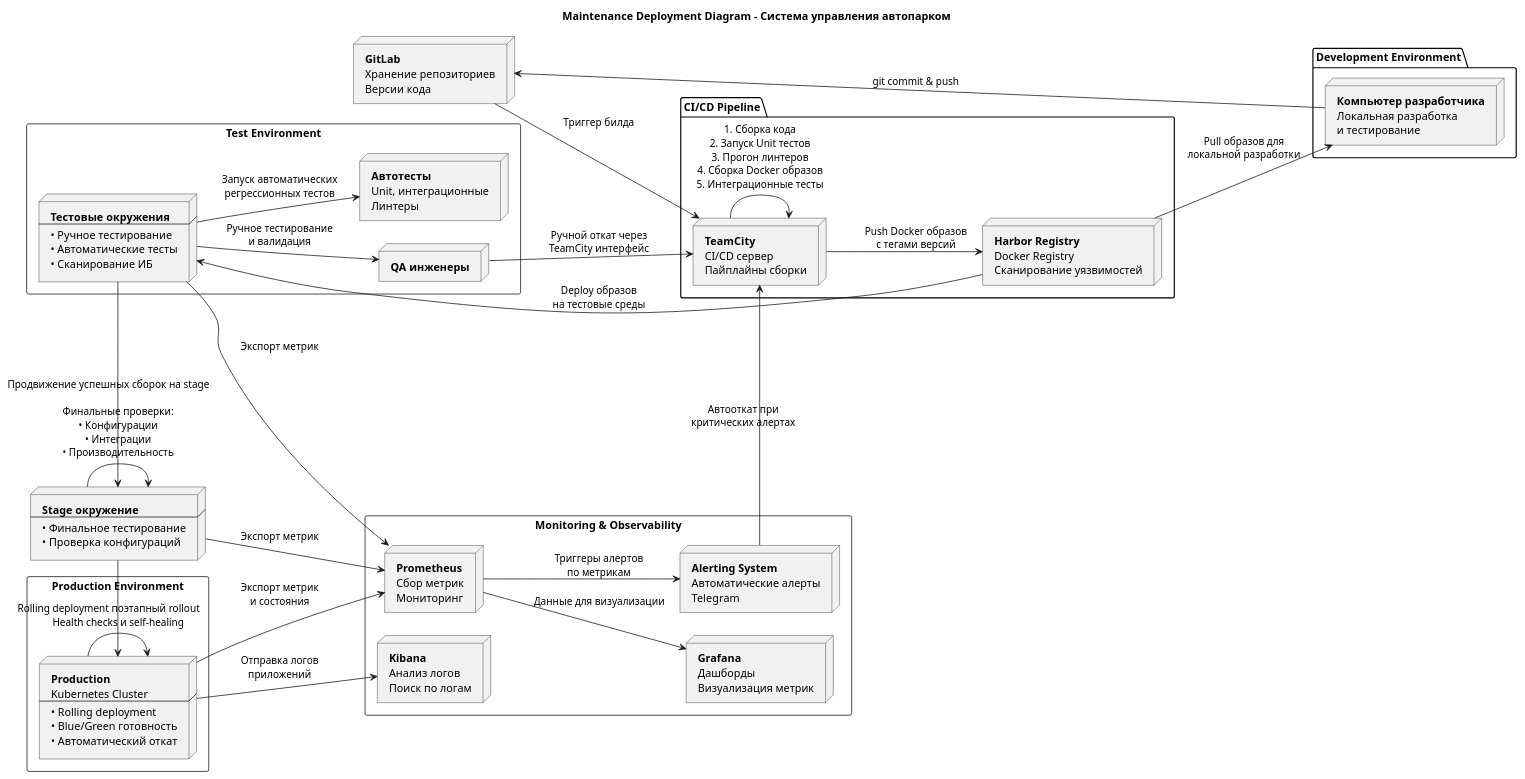
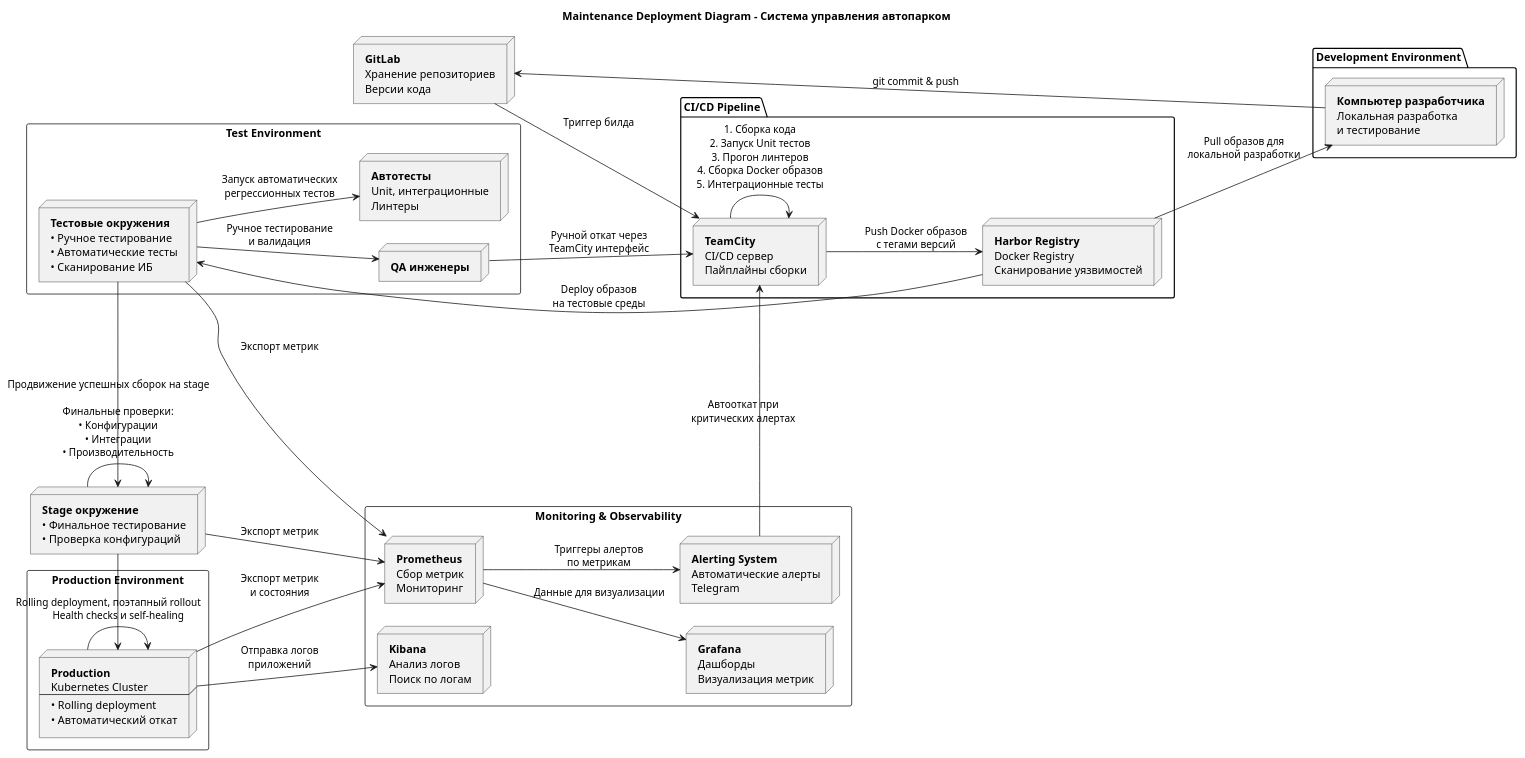
The diagram in 2. Технический проект/maintenance_deployment.puml (arsengevorgyan13/TRPO), drawn with PlantUML before and after one commit. The commit also changed 1 other file, not shown here.

```diff
--- a/2. Технический проект/maintenance_deployment.puml
+++ b/2. Технический проект/maintenance_deployment.puml
@@ -1,128 +1,125 @@
 @startuml Система управления автопарком - Maintenance Deployment Diagram
 title Maintenance Deployment Diagram - Система управления автопарком
 left to right direction
 skinparam nodesep 30
 skinparam ranksep 40
 
 package "Development Environment" {
   node developer_laptop [
     **Компьютер разработчика**
     Локальная разработка
     и тестирование
   ]
 }
 
 node gitlab_node [
   **GitLab**
   Хранение репозиториев
   Версии кода
 ]
 
 package "CI/CD Pipeline" {
   node teamcity [
     **TeamCity**
     CI/CD сервер
     Пайплайны сборки
   ]
 
   node harbor [
     **Harbor Registry**
     Docker Registry
     Сканирование уязвимостей
   ]
 }
 
 package "Test Environment" <<Rectangle>> {
   node test_envs [
     **Тестовые окружения**
-    ----
     • Ручное тестирование
     • Автоматические тесты
     • Сканирование ИБ
   ]
 
   node qa_engineers [
     **QA инженеры**
   ]
 
   node auto_tests [
     **Автотесты**
     Unit, интеграционные
     Линтеры
   ]
 }
 
 node stage_env [
   **Stage окружение**
-  ----
   • Финальное тестирование
   • Проверка конфигураций
 ]
 
 package "Production Environment" <<Rectangle>> {
   node prod_env [
     **Production**
     Kubernetes Cluster
     ----
     • Rolling deployment
-    • Blue/Green готовность
     • Автоматический откат
   ]
 }
 
 package "Monitoring & Observability" <<Rectangle>> {
   node prometheus [
     **Prometheus**
     Сбор метрик
     Мониторинг
   ]
 
   node grafana [
     **Grafana**
     Дашборды
     Визуализация метрик
   ]
 
   node kibana [
     **Kibana**
     Анализ логов
     Поиск по логам
   ]
 
   node alerting [
     **Alerting System**
     Автоматические алерты
     Telegram
   ]
 }
 
 developer_laptop --> gitlab_node : "git commit & push"
 gitlab_node --> teamcity : "Триггер билда"
 
 teamcity --> teamcity : "1. Сборка кода\n2. Запуск Unit тестов\n3. Прогон линтеров\n4. Сборка Docker образов\n5. Интеграционные тесты"
 teamcity --> harbor : "Push Docker образов\nс тегами версий"
 
 harbor --> test_envs : "Deploy образов\nна тестовые среды"
 test_envs --> qa_engineers : "Ручное тестирование\nи валидация"
 test_envs --> auto_tests : "Запуск автоматических\nрегрессионных тестов"
 
 test_envs --> stage_env : "Продвижение успешных сборок на stage"
 stage_env --> stage_env : "\n\n\n\n\n\nФинальные проверки:\n• Конфигурации\n• Интеграции\n• Производительность"
 
-stage_env --> prod_env : "Rolling deployment поэтапный rollout"
+stage_env --> prod_env : "Rolling deployment, поэтапный rollout"
 
 test_envs --> prometheus : "Экспорт метрик"
 stage_env --> prometheus : "Экспорт метрик"
 prod_env --> prometheus : "Экспорт метрик\nи состояния"
 
 prometheus --> grafana : "Данные для визуализации"
 prod_env --> kibana : "Отправка логов\nприложений"
 prometheus --> alerting : "Триггеры алертов\nпо метрикам"
 
 alerting --> teamcity : "Автооткат при\nкритических алертах"
 qa_engineers --> teamcity : "Ручной откат через\nTeamCity интерфейс"
 
 harbor --> developer_laptop : "Pull образов для\nлокальной разработки"
 prod_env --> prod_env : "\nHealth checks и self-healing"
 
 @enduml
```
